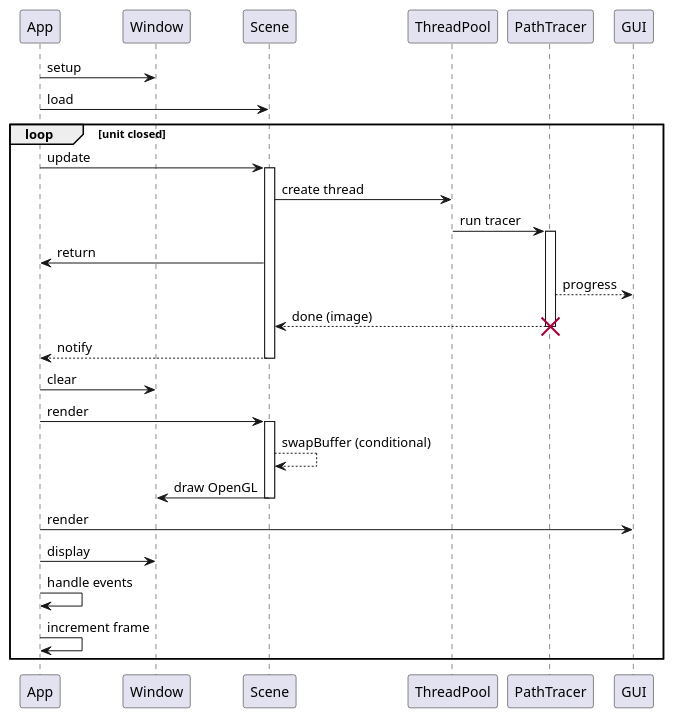
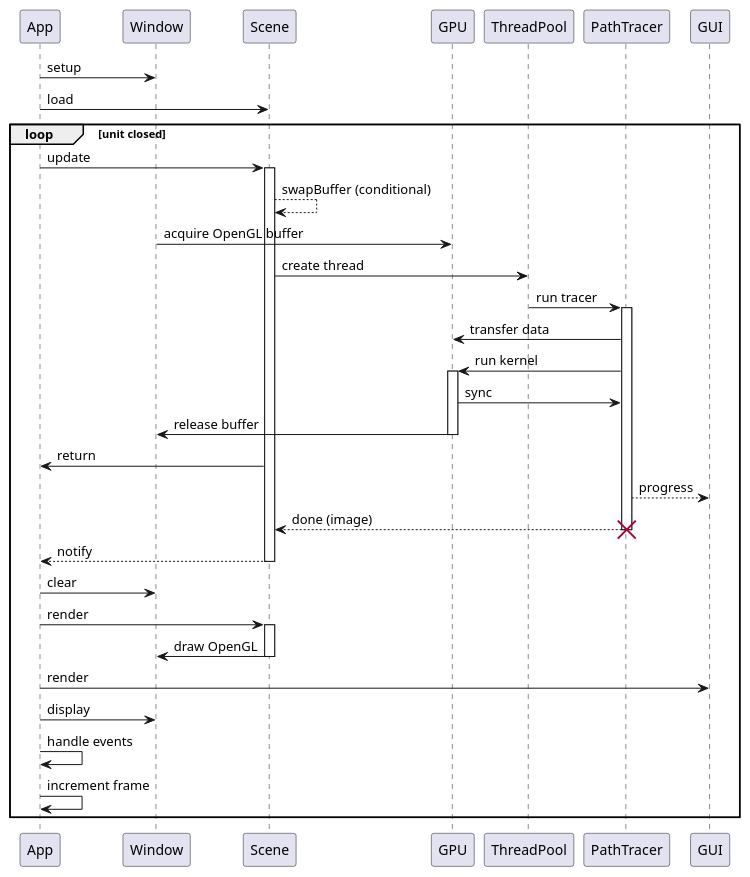
One commit to henrikuuste/pt_followup changed the first of 2 diagrams in architecture.wsd. Above: the diagram before and after it, drawn with PlantUML. The commit also changed other lines of this file and 12 other files, not shown here.

```diff
--- a/architecture.wsd
+++ b/architecture.wsd
@@ -1,27 +1,34 @@
 @startuml
 App -> Window : setup
 App -> Scene : load
 loop unit closed
   App -> Scene : update
   activate Scene
+  Scene --> Scene : swapBuffer (conditional)
+  Window -> GPU : acquire OpenGL buffer
   Scene -> ThreadPool : create thread
   ThreadPool -> PathTracer : run tracer
   activate PathTracer
+  PathTracer -> GPU : transfer data
+  PathTracer -> GPU : run kernel
+  activate GPU
+  GPU -> PathTracer : sync
+  GPU -> Window : release buffer
+  deactivate GPU
   Scene -> App : return
   PathTracer --> GUI : progress
   PathTracer --> Scene : done (image)
   destroy PathTracer
   Scene --> App : notify
   deactivate Scene
   App -> Window : clear
   App -> Scene : render
   activate Scene
-  Scene --> Scene : swapBuffer (conditional)
   Scene -> Window : draw OpenGL
   deactivate Scene
   App -> GUI : render
   App -> Window : display
   App -> App : handle events
   App -> App : increment frame
 end
 @enduml
```
